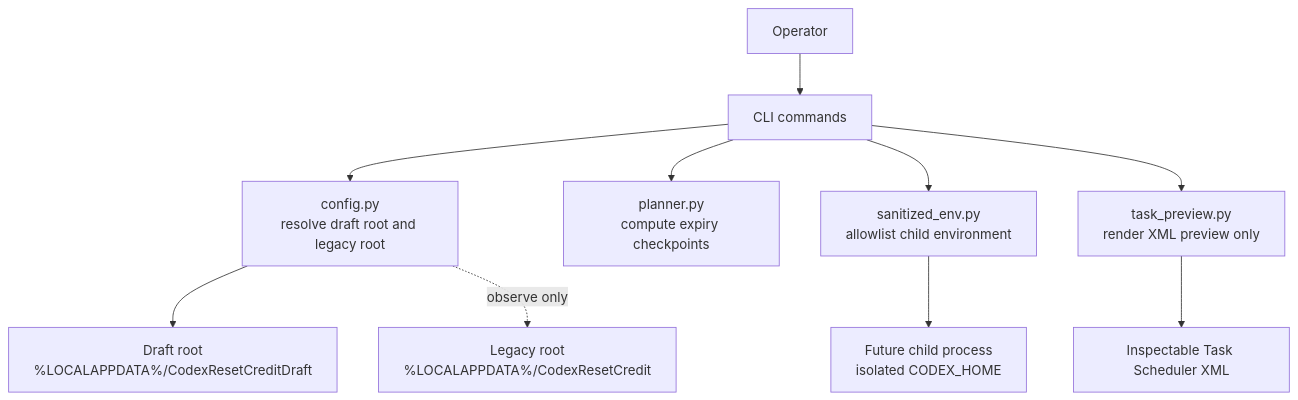
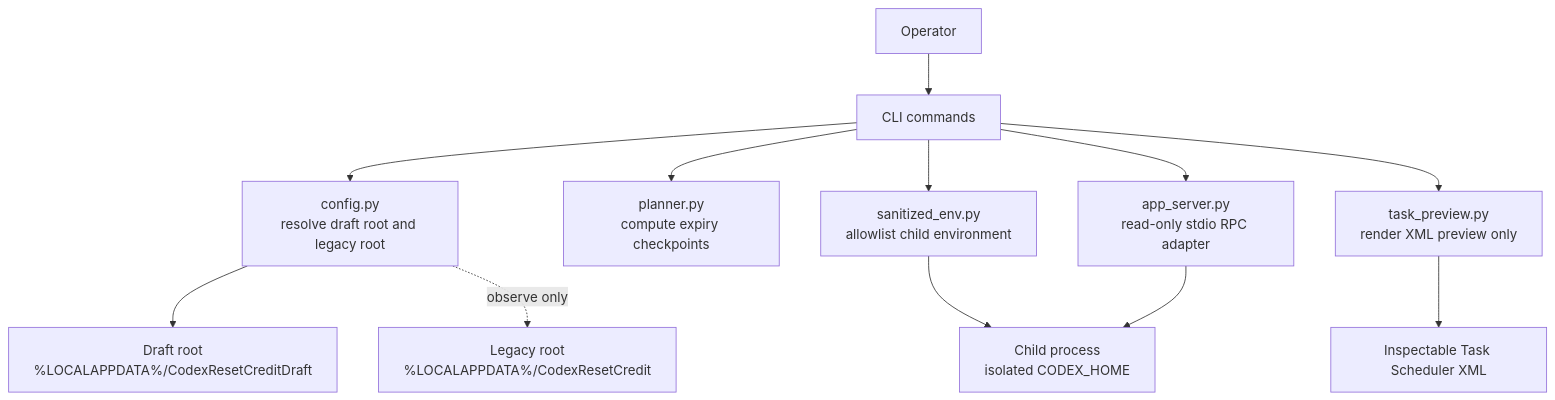
The diagram in docs/architecture.md (igorsaevets/codex-reset-credit-manager-cleanroom), drawn with Mermaid before and after one commit. The commit also changed other lines of this file and 8 other files, not shown here.

Commit message:
feat: add read-only app-server observability

````diff
--- a/docs/architecture.md
+++ b/docs/architecture.md
@@ -64,12 +65,14 @@
 ```mermaid
 flowchart TD
     User["Operator"] --> CLI["CLI commands"]
     CLI --> Config["config.py\nresolve draft root and legacy root"]
     CLI --> Planner["planner.py\ncompute expiry checkpoints"]
     CLI --> Env["sanitized_env.py\nallowlist child environment"]
+    CLI --> AppServer["app_server.py\nread-only stdio RPC adapter"]
     CLI --> Task["task_preview.py\nrender XML preview only"]
     Config --> Draft["Draft root\n%LOCALAPPDATA%/CodexResetCreditDraft"]
     Config -. observe only .-> Legacy["Legacy root\n%LOCALAPPDATA%/CodexResetCredit"]
-    Env --> Child["Future child process\nisolated CODEX_HOME"]
+    Env --> Child["Child process\nisolated CODEX_HOME"]
+    AppServer --> Child
     Task --> Xml["Inspectable Task Scheduler XML"]
 ```
````
